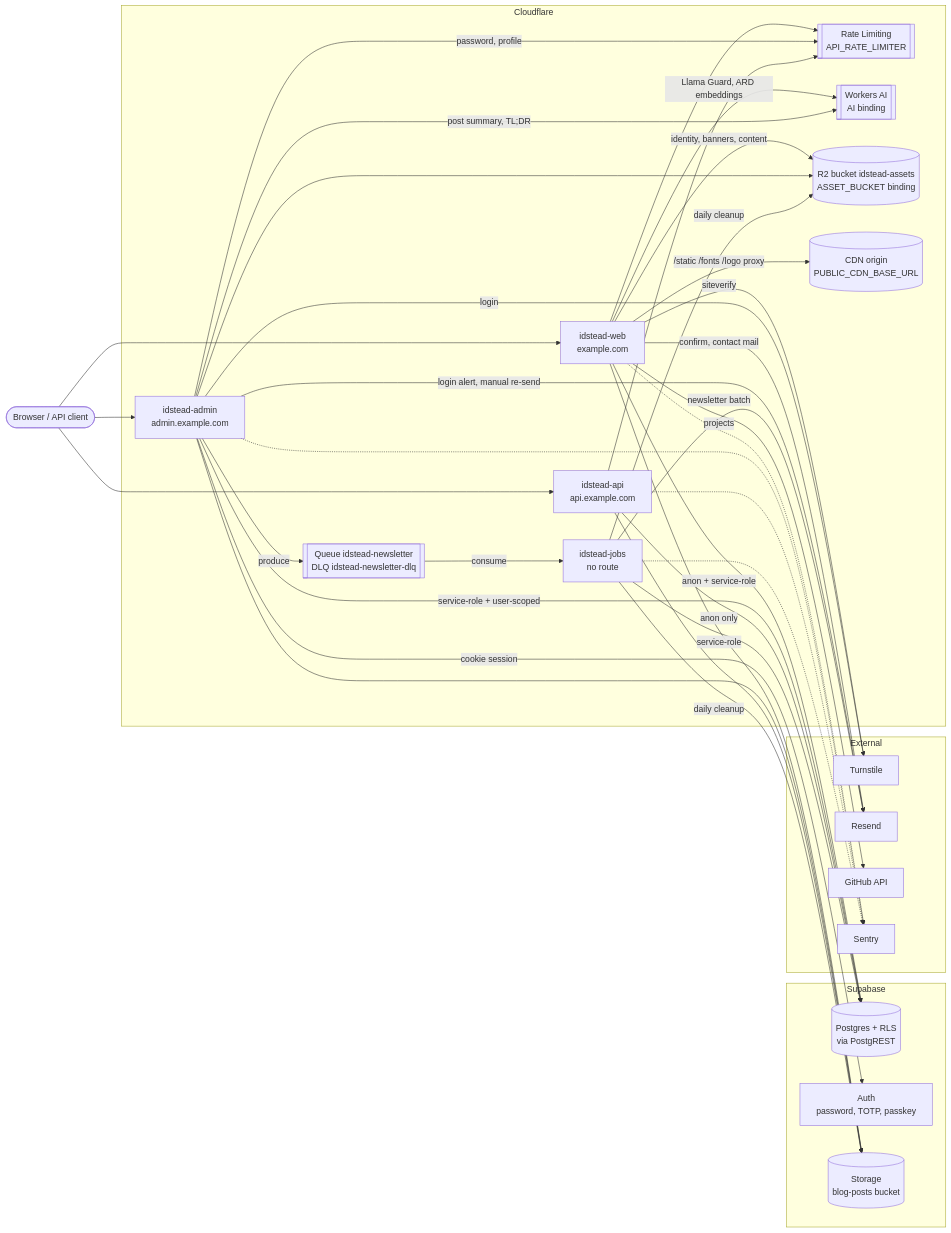
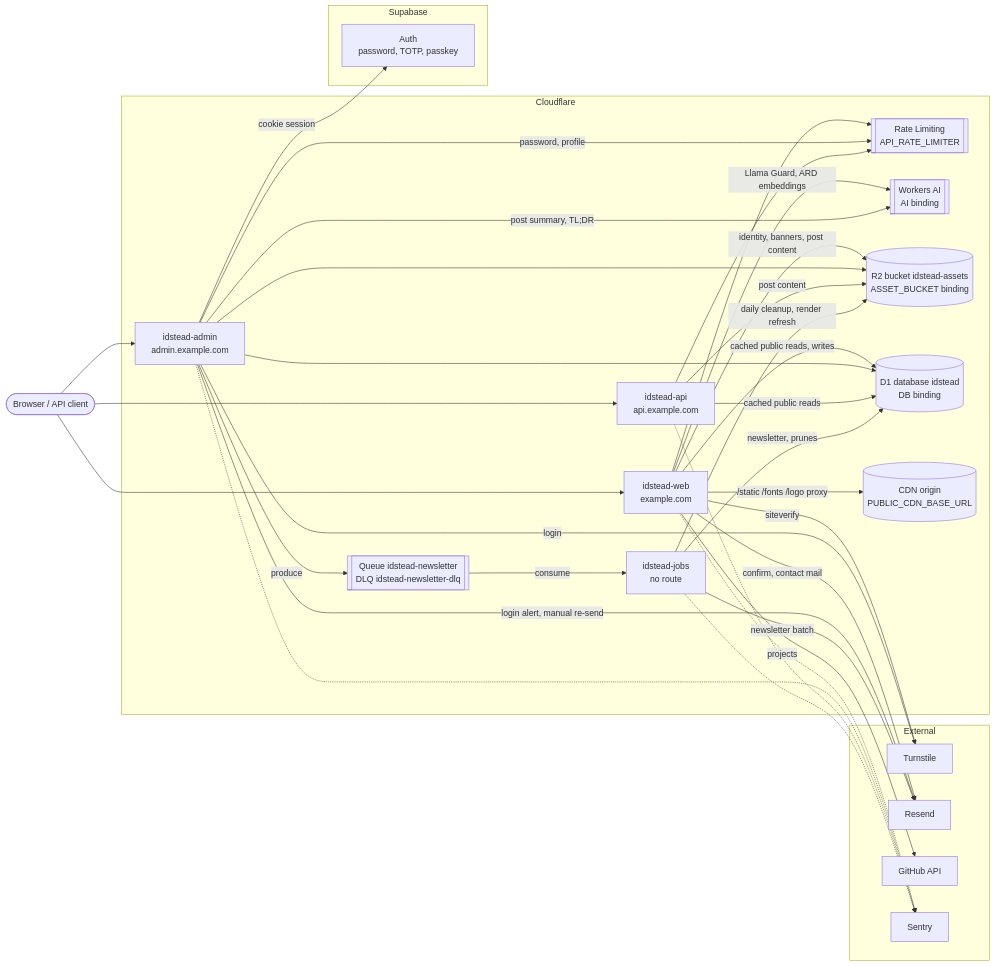
The diagram in docs/003-architecture/001-component-map.md (farhnkrnapratma/idstead), drawn with Mermaid before and after one commit. The commit also changed other lines of this file and 26 other files, not shown here.

````diff
--- a/docs/003-architecture/001-component-map.md
+++ b/docs/003-architecture/001-component-map.md
@@ -5,68 +5,64 @@
 ```mermaid
 flowchart LR
     Browser(["Browser / API client"])
 
     subgraph CF["Cloudflare"]
         WEB["idstead-web<br/>example.com"]
         ADMIN["idstead-admin<br/>admin.example.com"]
         API["idstead-api<br/>api.example.com"]
         JOBS["idstead-jobs<br/>no route"]
         RL[["Rate Limiting<br/>API_RATE_LIMITER"]]
         AI[["Workers AI<br/>AI binding"]]
         Q[["Queue idstead-newsletter<br/>DLQ idstead-newsletter-dlq"]]
         R2[("R2 bucket idstead-assets<br/>ASSET_BUCKET binding")]
+        D1[("D1 database idstead<br/>DB binding")]
         CDN[("CDN origin<br/>PUBLIC_CDN_BASE_URL")]
     end
 
     subgraph SB["Supabase"]
-        PG[("Postgres + RLS<br/>via PostgREST")]
         AUTH["Auth<br/>password, TOTP, passkey"]
-        ST[("Storage<br/>blog-posts bucket")]
     end
 
     subgraph EXT["External"]
         TS["Turnstile"]
         RS["Resend"]
         GH["GitHub API"]
         SEN["Sentry"]
     end
 
     Browser --> WEB
     Browser --> ADMIN
     Browser --> API
 
-    WEB -->|"anon + service-role"| PG
-    WEB --> ST
-    WEB -->|"identity, banners, content"| R2
+    WEB -->|"cached public reads, writes"| D1
+    WEB -->|"identity, banners, post content"| R2
     WEB -->|"/static /fonts /logo proxy"| CDN
     WEB --> RL
     WEB -->|"Llama Guard, ARD embeddings"| AI
     WEB -->|"siteverify"| TS
     WEB -->|"confirm, contact mail"| RS
     WEB -->|"projects"| GH
 
     ADMIN -->|"cookie session"| AUTH
-    ADMIN -->|"service-role + user-scoped"| PG
-    ADMIN --> ST
+    ADMIN --> D1
     ADMIN --> R2
     ADMIN -->|"password, profile"| RL
     ADMIN -->|"post summary, TL;DR"| AI
     ADMIN -->|"login"| TS
     ADMIN -->|"login alert, manual re-send"| RS
     ADMIN -->|"produce"| Q
 
-    API -->|"anon only"| PG
-    API --> ST
+    API -->|"cached public reads"| D1
+    API -->|"post content"| R2
     API --> RL
 
     Q -->|"consume"| JOBS
-    JOBS -->|"service-role"| PG
+    JOBS -->|"newsletter, prunes"| D1
     JOBS -->|"newsletter batch"| RS
-    JOBS -->|"daily cleanup"| R2
-    JOBS -->|"daily cleanup"| ST
+    JOBS -->|"daily cleanup, render refresh"| R2
 
     WEB -.-> SEN
     ADMIN -.-> SEN
     API -.-> SEN
     JOBS -.-> SEN
 ```
````
